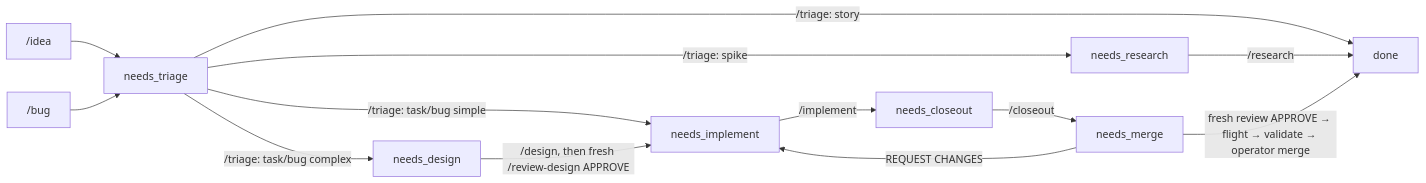
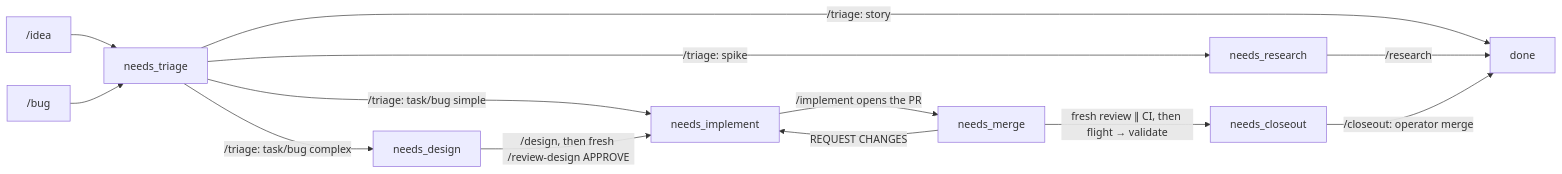
The diagram in docs/spec/development-lifecycle.md (cogni-dao/cogni), drawn with Mermaid before and after one commit. The commit also changed other lines of this file and 5 other files, not shown here.

Commit message:
docs(lifecycle): implement opens PR, review runs during CI, closeout merges last

````diff
--- a/docs/spec/development-lifecycle.md
+++ b/docs/spec/development-lifecycle.md
@@ -96,15 +96,15 @@
 ```mermaid
 graph LR
   idea["/idea"] --> needs_triage
   bug_cmd["/bug"] --> needs_triage
   needs_triage -->|"/triage: story"| done
   needs_triage -->|"/triage: spike"| needs_research
   needs_triage -->|"/triage: task/bug complex"| needs_design
   needs_triage -->|"/triage: task/bug simple"| needs_implement
   needs_research -->|"/research"| done
   needs_design -->|"/design, then fresh /review-design APPROVE"| needs_implement
-  needs_implement -->|"/implement"| needs_closeout
-  needs_closeout -->|"/closeout"| needs_merge
-  needs_merge -->|"fresh review APPROVE → flight → validate → operator merge"| done
+  needs_implement -->|"/implement opens the PR"| needs_merge
+  needs_merge -->|"fresh review ∥ CI, then flight → validate"| needs_closeout
   needs_merge -->|"REQUEST CHANGES"| needs_implement
+  needs_closeout -->|"/closeout: operator merge"| done
 ```
````
